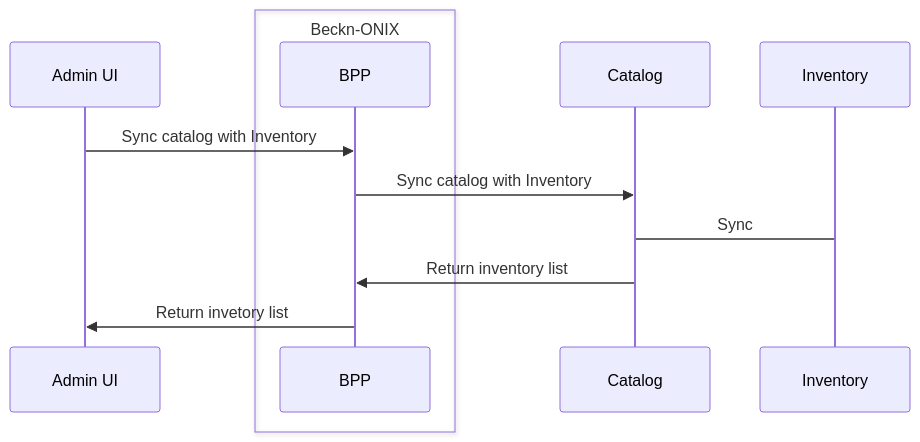
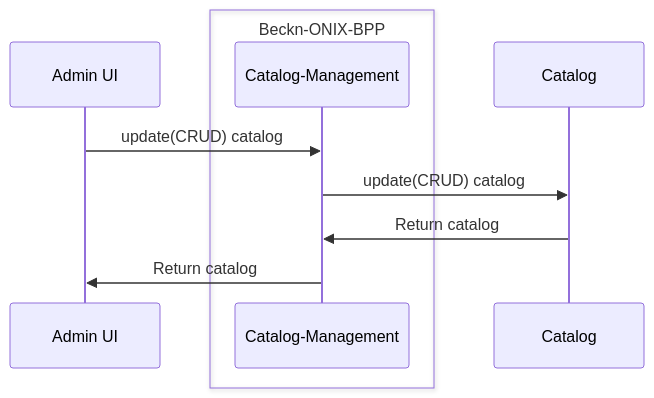
One commit to rajaneeshk90/gitbook-exp changed the second of 17 diagrams in README.md. Above: the diagram before and after it, drawn with Mermaid. The commit also changed other lines of this file, not shown here.

````diff
--- a/README.md
+++ b/README.md
@@ -71,12 +71,11 @@
 ```mermaid
 sequenceDiagram
     participant Admin UI
-    box Beckn-ONIX
-    participant BPP
+    box Beckn-ONIX-BPP
+    participant Catalog-Management
     end
-    Admin UI->> BPP: Sync catalog with Inventory
-    BPP ->> Catalog: Sync catalog with Inventory
-    Catalog -> Inventory: Sync
-    Catalog ->> BPP: Return inventory list
-    BPP ->> Admin UI:Return invetory list
+    Admin UI->> Catalog-Management: update(CRUD) catalog
+    Catalog-Management ->> Catalog: update(CRUD) catalog
+    Catalog ->> Catalog-Management: Return catalog
+    Catalog-Management ->> Admin UI:Return catalog
 ```
````
